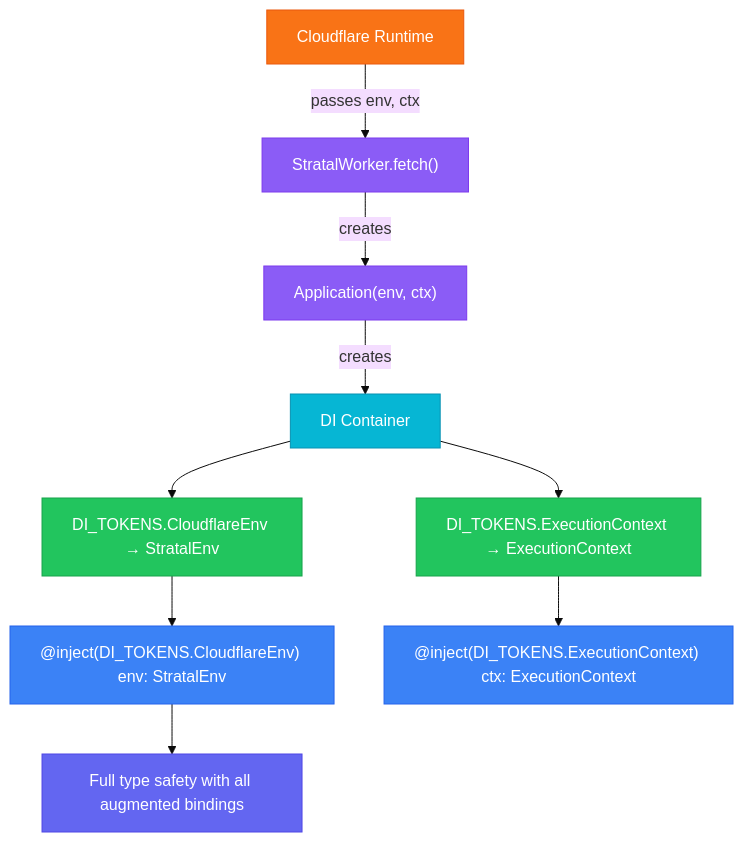
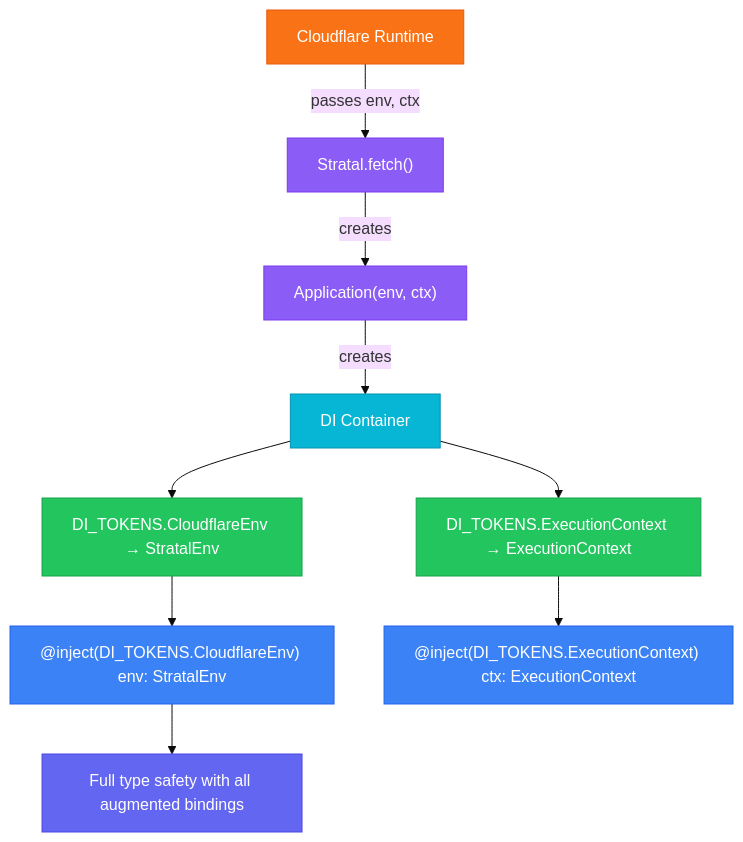
Before and after one commit to strataljs/docs: the diagram in src/content/docs/guides/environment-typing.mdx, drawn with Mermaid (base theme). The commit also changed other lines of this file and 20 other files, not shown here.

````diff
--- a/src/content/docs/guides/environment-typing.mdx
+++ b/src/content/docs/guides/environment-typing.mdx
@@ -335,21 +327,21 @@
 ```mermaid
 graph TD
-  A["Cloudflare Runtime"] -->|"passes env, ctx"| B["StratalWorker.fetch()"]
+  A["Cloudflare Runtime"] -->|"passes env, ctx"| B["Stratal.fetch()"]
   B -->|"creates"| C["Application(env, ctx)"]
   C -->|"creates"| D["DI Container"]
   D --> E["DI_TOKENS.CloudflareEnv → StratalEnv"]
   D --> F["DI_TOKENS.ExecutionContext → ExecutionContext"]
   E --> G["@inject(DI_TOKENS.CloudflareEnv) env: StratalEnv"]
   F --> H["@inject(DI_TOKENS.ExecutionContext) ctx: ExecutionContext"]
   G --> I["Full type safety with all augmented bindings"]
 
   style A fill:#f97316,stroke:#ea580c,color:#fff
   style B fill:#8b5cf6,stroke:#7c3aed,color:#fff
   style C fill:#8b5cf6,stroke:#7c3aed,color:#fff
   style D fill:#06b6d4,stroke:#0891b2,color:#fff
   style E fill:#22c55e,stroke:#16a34a,color:#fff
   style F fill:#22c55e,stroke:#16a34a,color:#fff
   style G fill:#3b82f6,stroke:#2563eb,color:#fff
   style H fill:#3b82f6,stroke:#2563eb,color:#fff
   style I fill:#6366f1,stroke:#4f46e5,color:#fff
 ```
````
